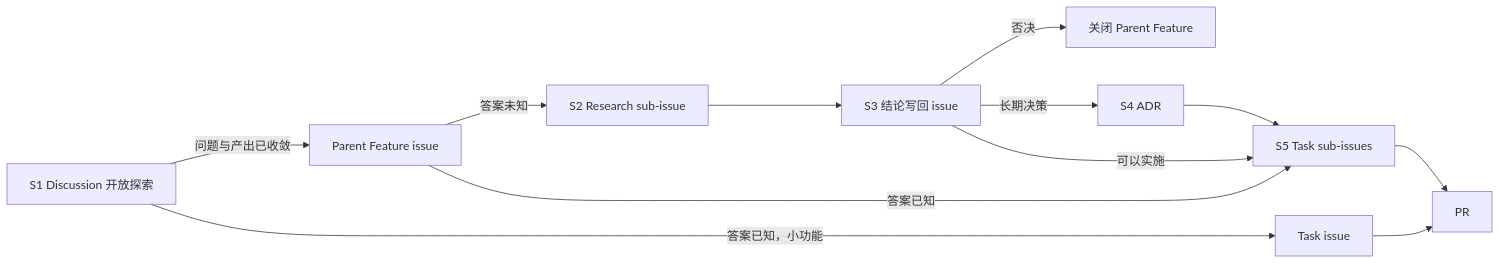
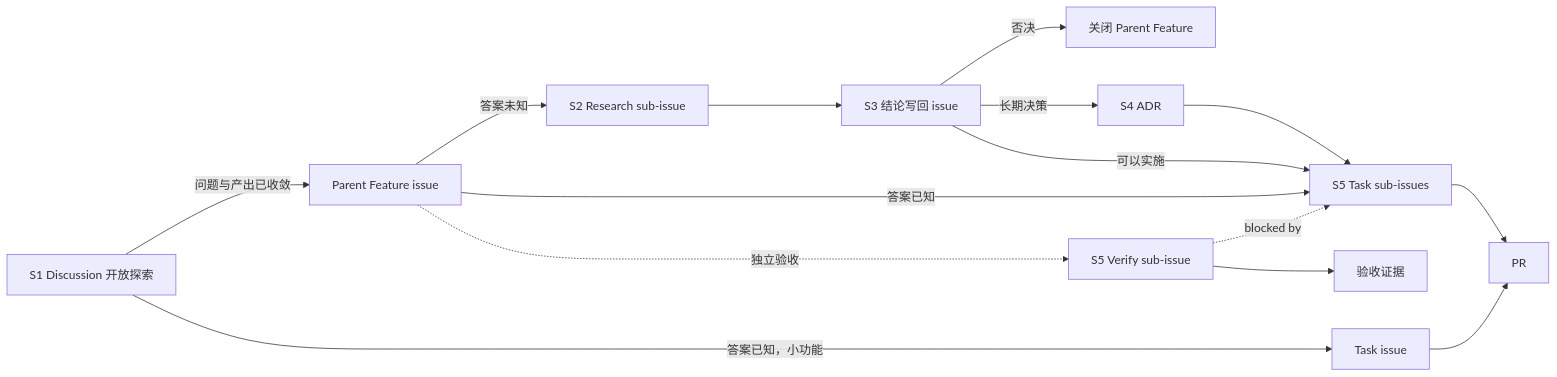
One commit to wyz541/kmp-Covio changed the diagram in docs/process/workflow.md. Above: the diagram before and after it, drawn with Mermaid. The commit also changed other lines of this file and 7 other files, not shown here.

First line of the commit message:
Model verification as a Feature sub-issue

````diff
--- a/docs/process/workflow.md
+++ b/docs/process/workflow.md
@@ -56,14 +56,17 @@
 ```mermaid
 flowchart LR
   A["S1 Discussion 开放探索"] -->|问题与产出已收敛| P["Parent Feature issue"]
   A -->|答案已知，小功能| T0["Task issue"]
   P -->|答案未知| R["S2 Research sub-issue"]
   P -->|答案已知| G["S5 Task sub-issues"]
+  P -.独立验收.-> V["S5 Verify sub-issue"]
   R --> C["S3 结论写回 issue"]
   C -->|否决| X["关闭 Parent Feature"]
   C -->|长期决策| E["S4 ADR"]
   C -->|可以实施| G
   E --> G
   G --> H["PR"]
+  V -.blocked by.-> G
+  V --> Q["验收证据"]
   T0 --> H
 ```
````
